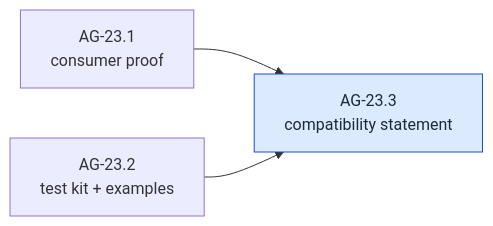
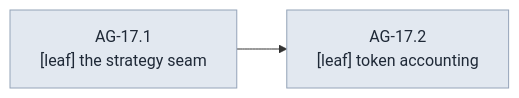
Before and after one commit to witsaba/cachicamas: diagram 20 of 28 in docs/architecture/milestones/0003-cachicamas-agent-layer-2-task-graph.md, drawn with Mermaid. The commit also changed other lines of this file and 3 other files, not shown here.

````diff
--- a/docs/architecture/milestones/0003-cachicamas-agent-layer-2-task-graph.md
+++ b/docs/architecture/milestones/0003-cachicamas-agent-layer-2-task-graph.md
@@ -989,7 +1593,6 @@
 ```mermaid
 flowchart LR
-    O1["AG-23.1<br/>consumer proof"] --> O3["AG-23.3<br/>compatibility statement"]
-    O2["AG-23.2<br/>test kit + examples"] --> O3
-    classDef d fill:#dbeafe,stroke:#1d4ed8,color:#1f2937
-    class O3 d
+    Q1["AG-17.1<br/>[leaf] the strategy seam"] --> Q2["AG-17.2<br/>[leaf] token accounting"]
+    classDef leaf fill:#e2e8f0,stroke:#94a3b8,color:#1f2937
+    class Q1,Q2 leaf
 ```
````
